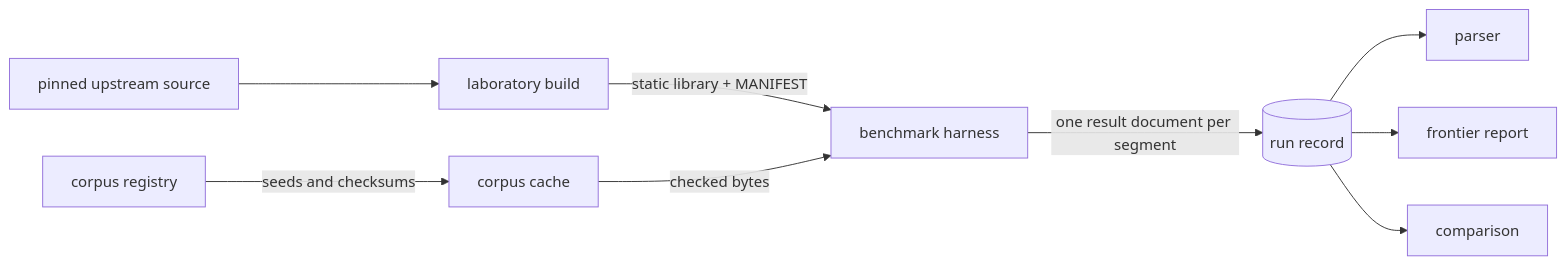
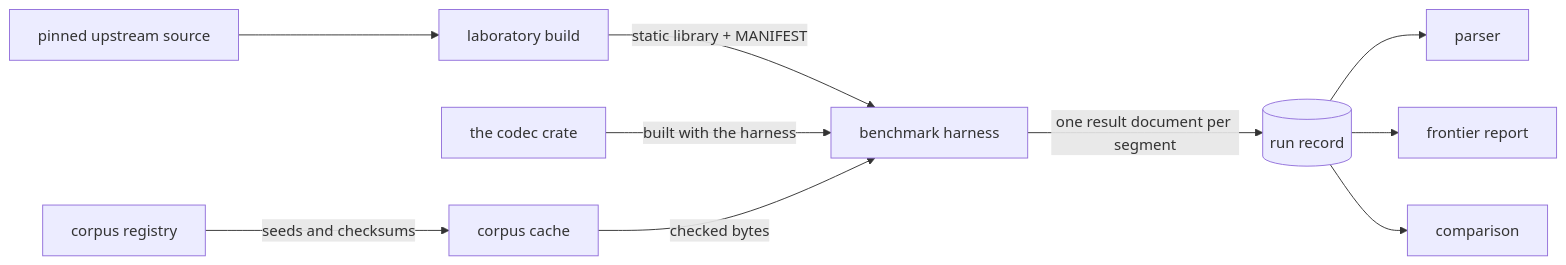
Before and after one commit to meerita/entroq: the diagram in docs/benchmarks.md, drawn with Mermaid. The commit also changed other lines of this file and 2 other files, not shown here.

````diff
--- a/docs/benchmarks.md
+++ b/docs/benchmarks.md
@@ -26,11 +25,12 @@
 ```mermaid
 flowchart LR
     U[pinned upstream source] --> L[laboratory build]
     L -->|static library + MANIFEST| H[benchmark harness]
+    E[the codec crate] -->|built with the harness| H
     R[corpus registry] -->|seeds and checksums| C[corpus cache]
     C -->|checked bytes| H
     H -->|one result document per segment| D[(run record)]
     D --> P[parser]
     D --> F[frontier report]
     D --> M[comparison]
 ```
````
